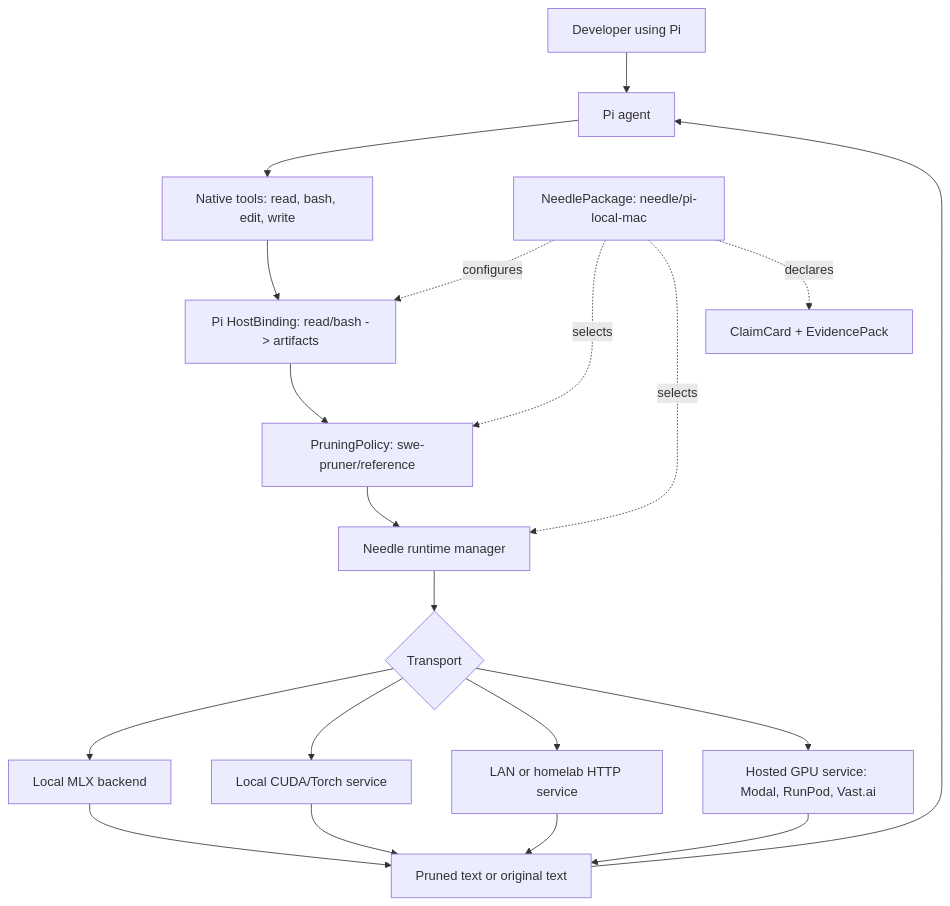
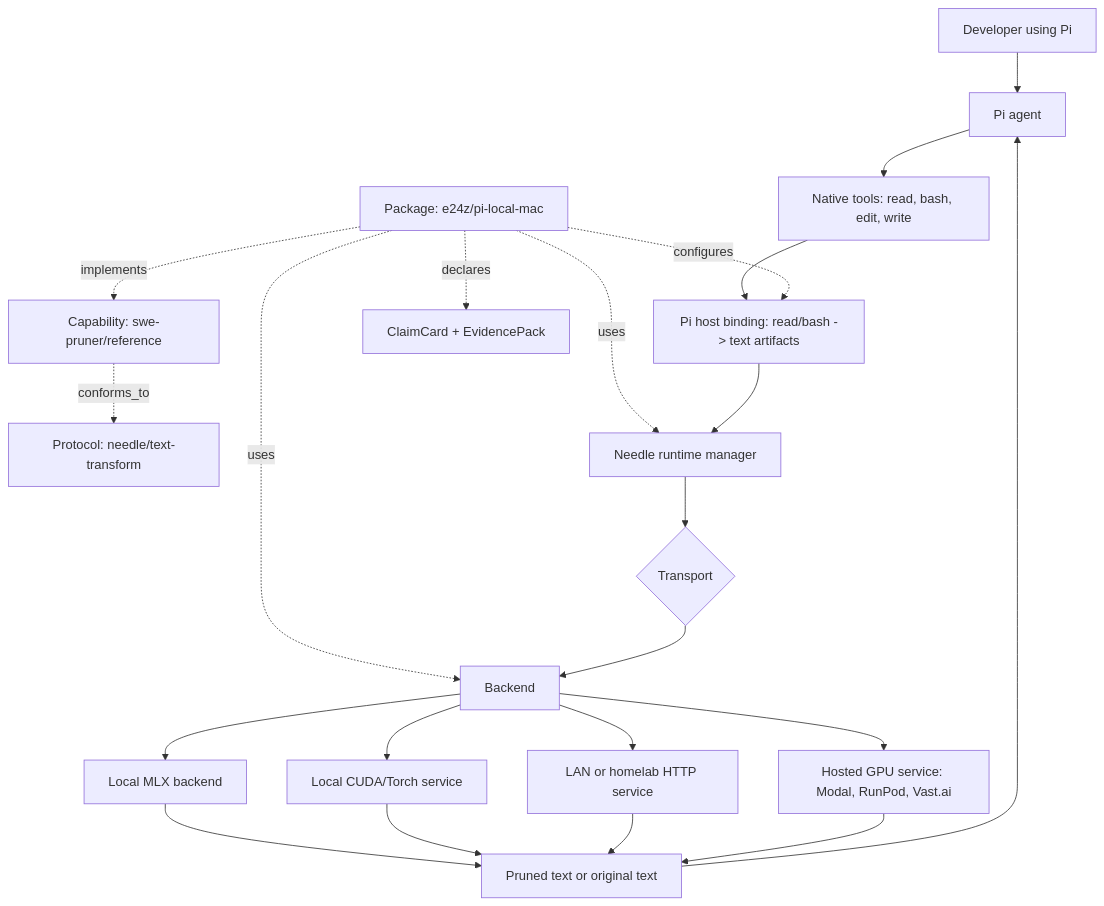
One commit to e24z/needle changed the third of 5 diagrams in NEEDLE-1.0-PRD.md. Above: the diagram before and after it, drawn with Mermaid. The commit also changed other lines of this file and 1 other file, not shown here.

Commit message:
docs: align Needle 1.0 planning model

````diff
--- a/NEEDLE-1.0-PRD.md
+++ b/NEEDLE-1.0-PRD.md
@@ -547,22 +535,24 @@
 ```mermaid
 flowchart TD
     User["Developer using Pi"] --> Pi["Pi agent"]
     Pi --> Tools["Native tools: read, bash, edit, write"]
-    Tools --> Binding["Pi HostBinding: read/bash -> artifacts"]
-    Package["NeedlePackage: needle/pi-local-mac"] -. configures .-> Binding
-    Package -. selects .-> Policy["PruningPolicy: swe-pruner/reference"]
-    Package -. selects .-> Runtime
+    Tools --> Binding["Pi host binding: read/bash -> text artifacts"]
+    Package["Package: e24z/pi-local-mac"] -. configures .-> Binding
+    Package -. implements .-> Capability["Capability: swe-pruner/reference"]
+    Capability -. conforms_to .-> Protocol["Protocol: needle/text-transform"]
+    Package -. uses .-> Runtime
+    Package -. uses .-> Backend
     Package -. declares .-> Claim["ClaimCard + EvidencePack"]
-    Binding --> Policy
-    Policy --> Runtime["Needle runtime manager"]
+    Binding --> Runtime["Needle runtime manager"]
     Runtime --> Transport{"Transport"}
-    Transport --> LocalMLX["Local MLX backend"]
-    Transport --> LocalCUDA["Local CUDA/Torch service"]
-    Transport --> LAN["LAN or homelab HTTP service"]
-    Transport --> Hosted["Hosted GPU service: Modal, RunPod, Vast.ai"]
+    Backend --> LocalMLX["Local MLX backend"]
+    Backend --> LocalCUDA["Local CUDA/Torch service"]
+    Backend --> LAN["LAN or homelab HTTP service"]
+    Backend --> Hosted["Hosted GPU service: Modal, RunPod, Vast.ai"]
+    Transport --> Backend
     LocalMLX --> Result["Pruned text or original text"]
     LocalCUDA --> Result
     LAN --> Result
     Hosted --> Result
     Result --> Pi
 ```
````
